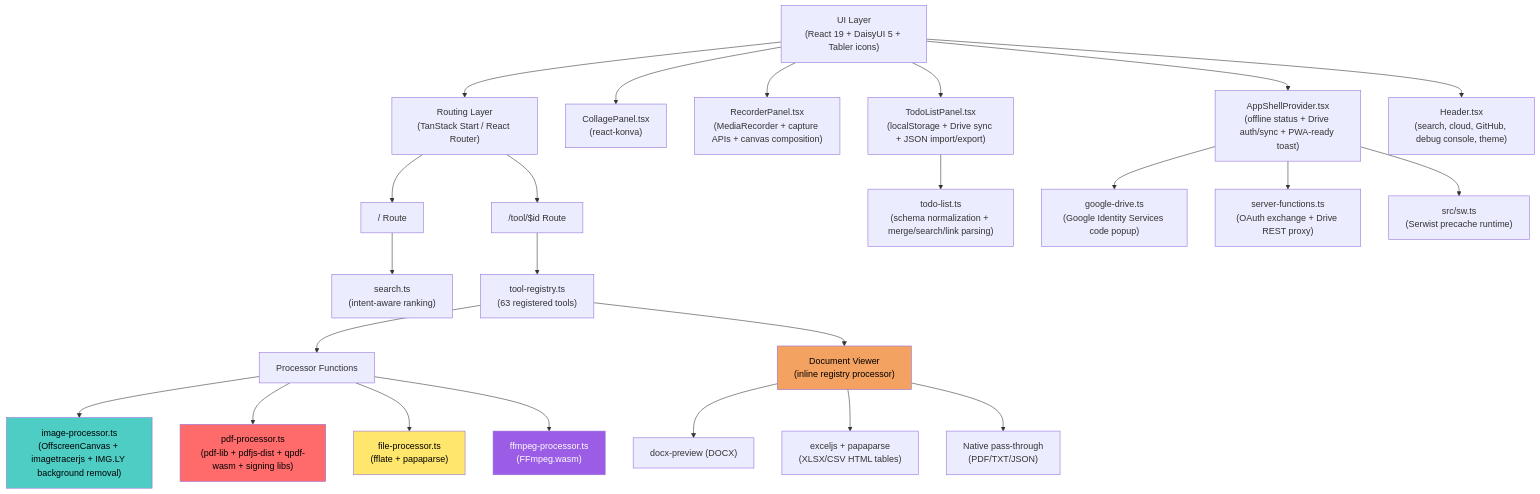
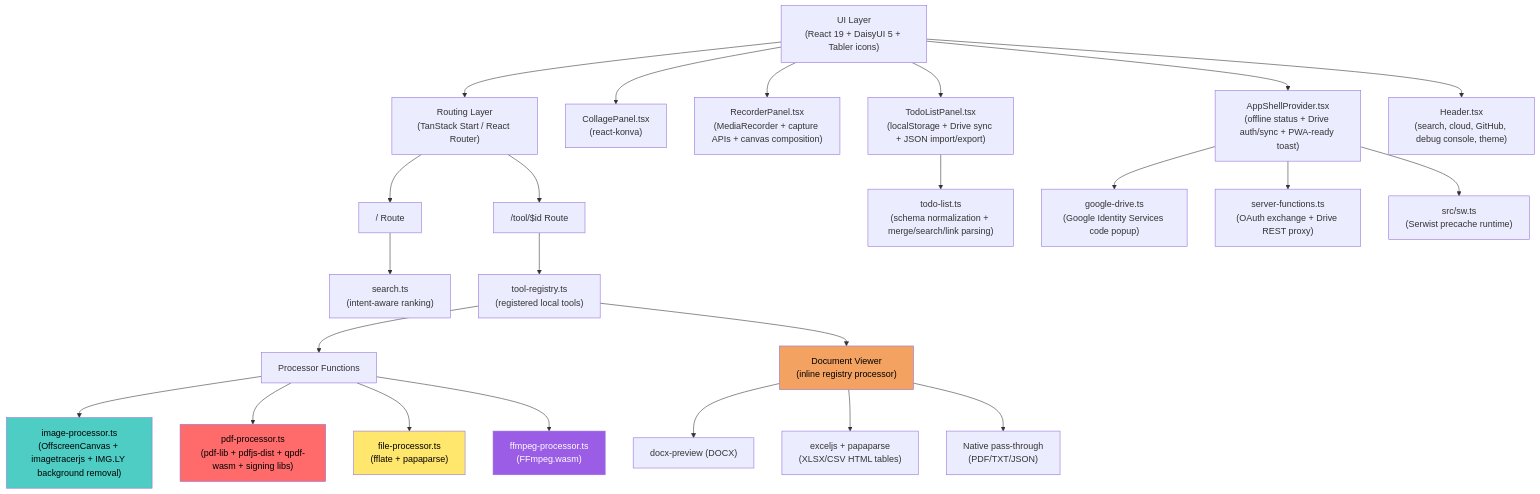
One commit to imxade/kitsy changed the first of 3 diagrams in README.md. Above: the diagram before and after it, drawn with Mermaid. The commit also changed other lines of this file and 7 other files, not shown here.

Commit message:
feat: add local PDF workflow tools

````diff
--- a/README.md
+++ b/README.md
@@ -17,32 +17,32 @@
 ```mermaid
 flowchart TD
     UI["UI Layer<br/>(React 19 + DaisyUI 5 + Tabler icons)"] --> Router["Routing Layer<br/>(TanStack Start / React Router)"]
     Router --> HomeRoute["/ Route"]
     Router --> ToolRoute["/tool/$id Route"]
     HomeRoute --> SearchRank["search.ts<br/>(intent-aware ranking)"]
-    ToolRoute --> Registry["tool-registry.ts<br/>(63 registered tools)"]
+    ToolRoute --> Registry["tool-registry.ts<br/>(registered local tools)"]
     Registry --> Processors["Processor Functions"]
     Processors --> ImgProc["image-processor.ts<br/>(OffscreenCanvas + imagetracerjs + IMG.LY background removal)"]
     Processors --> PdfProc["pdf-processor.ts<br/>(pdf-lib + pdfjs-dist + qpdf-wasm + signing libs)"]
     Processors --> FileProc["file-processor.ts<br/>(fflate + papaparse)"]
     Processors --> FfmpegProc["ffmpeg-processor.ts<br/>(FFmpeg.wasm)"]
     Registry --> DocInline["Document Viewer<br/>(inline registry processor)"]
     DocInline --> docxPrev["docx-preview (DOCX)"]
     DocInline --> xlsxLib["exceljs + papaparse<br/>(XLSX/CSV HTML tables)"]
     DocInline --> nativeDocs["Native pass-through<br/>(PDF/TXT/JSON)"]
     UI --> CollageUI["CollagePanel.tsx<br/>(react-konva)"]
     UI --> RecorderUI["RecorderPanel.tsx<br/>(MediaRecorder + capture APIs + canvas composition)"]
     UI --> TodoUI["TodoListPanel.tsx<br/>(localStorage + Drive sync + JSON import/export)"]
     TodoUI --> TodoModel["todo-list.ts<br/>(schema normalization + merge/search/link parsing)"]
     UI --> ShellUI["AppShellProvider.tsx<br/>(offline status + Drive auth/sync + PWA-ready toast)"]
     UI --> Header["Header.tsx<br/>(search, cloud, GitHub, debug console, theme)"]
     ShellUI --> DriveAuth["google-drive.ts<br/>(Google Identity Services code popup)"]
     ShellUI --> ServerFns["server-functions.ts<br/>(OAuth exchange + Drive REST proxy)"]
     ShellUI --> SW["src/sw.ts<br/>(Serwist precache runtime)"]
 
     style ImgProc fill:#4ecdc4,color:#000
     style PdfProc fill:#ff6b6b,color:#000
     style FileProc fill:#ffe66d,color:#000
     style FfmpegProc fill:#9b5de5,color:#fff
     style DocInline fill:#f4a261,color:#000
 ```
````
